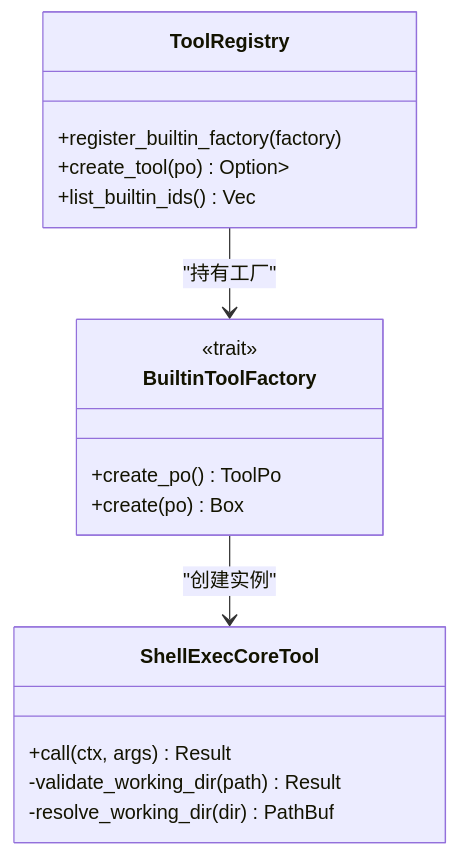
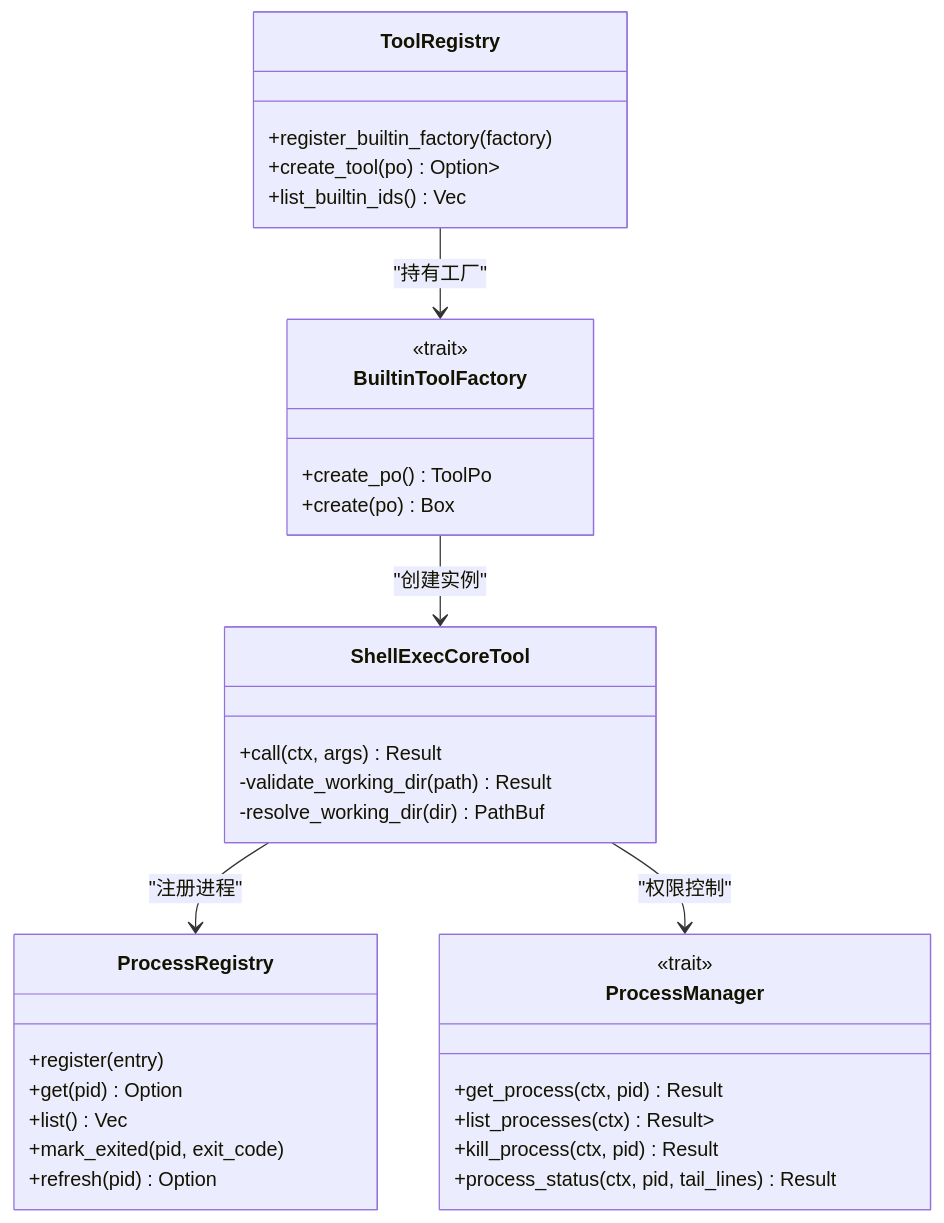
The eighth of 8 diagrams in .qoder/repowiki/zh/content/功能模块/工具生态系统/内置工具集/Shell 执行工具.md (runningcoders/ai_orz), drawn with Mermaid before and after one commit. The commit also changed other lines of this file and 299 other files, not shown here.

````diff
--- a/.qoder/repowiki/zh/content/功能模块/工具生态系统/内置工具集/Shell 执行工具.md
+++ b/.qoder/repowiki/zh/content/功能模块/工具生态系统/内置工具集/Shell 执行工具.md
@@ -213,20 +337,36 @@
 ```mermaid
 classDiagram
 class ToolRegistry {
 +register_builtin_factory(factory)
 +create_tool(po) Option<Box<dyn CoreTool>>
 +list_builtin_ids() Vec<String>
 }
 class BuiltinToolFactory {
 <<trait>>
 +create_po() ToolPo
 +create(po) Box<dyn CoreTool>
 }
 class ShellExecCoreTool {
 +call(ctx, args) Result<Value>
 -validate_working_dir(path) Result<bool>
 -resolve_working_dir(dir) PathBuf
 }
+class ProcessRegistry {
++register(entry)
++get(pid) Option<ProcessEntry>
++list() Vec<ProcessEntry>
++mark_exited(pid, exit_code)
++refresh(pid) Option<ProcessEntry>
+}
+class ProcessManager {
+<<trait>>
++get_process(ctx, pid) Result<ProcessEntry>
++list_processes(ctx) Result<Vec<ProcessEntry>>
++kill_process(ctx, pid) Result<bool>
++process_status(ctx, pid, tail_lines) Result<ProcessStatusDetail>
+}
 ToolRegistry --> BuiltinToolFactory : "持有工厂"
 BuiltinToolFactory --> ShellExecCoreTool : "创建实例"
+ShellExecCoreTool --> ProcessRegistry : "注册进程"
+ShellExecCoreTool --> ProcessManager : "权限控制"
 ```
````
